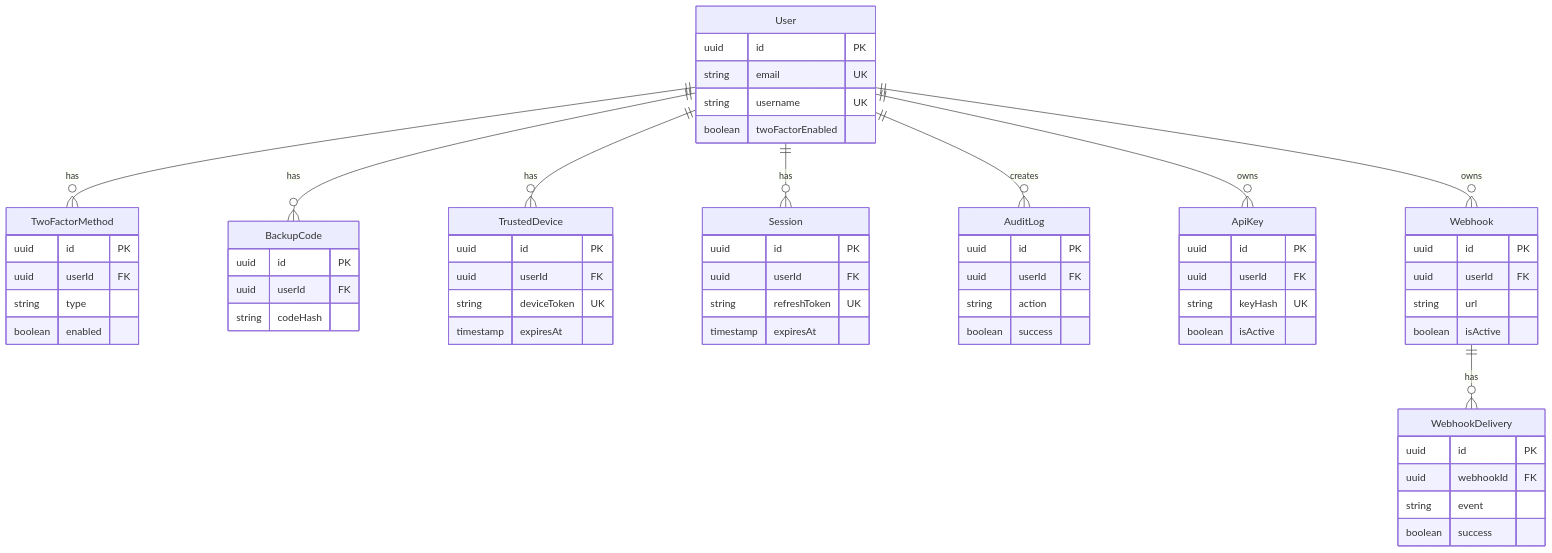
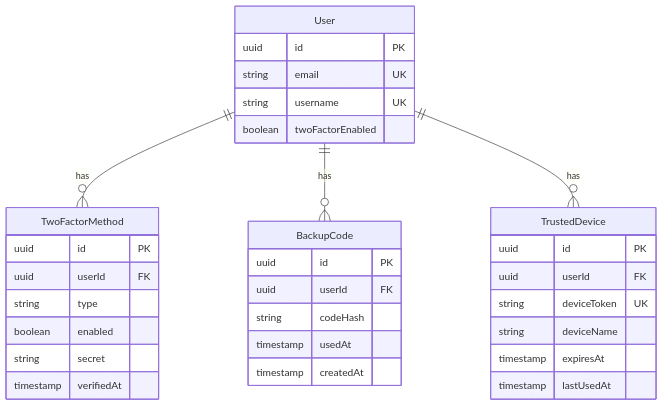
The third of 4 diagrams in docs/architecture/database-schema.md (Ilia01/Aegis2FA), drawn with Mermaid before and after one commit. The commit also changed other lines of this file and 1 other file, not shown here.

Commit message:
docs: fixing the schema diagram visibility issue

````diff
--- a/docs/architecture/database-schema.md
+++ b/docs/architecture/database-schema.md
@@ -51,73 +91,39 @@
-```mermaid
-erDiagram
-    User ||--o{ TwoFactorMethod : "has"
-    User ||--o{ BackupCode : "has"
-    User ||--o{ TrustedDevice : "has"
-    User ||--o{ Session : "has"
-    User ||--o{ AuditLog : "creates"
-    User ||--o{ ApiKey : "owns"
-    User ||--o{ Webhook : "owns"
-    Webhook ||--o{ WebhookDelivery : "has"
+    ```mermaid
+    erDiagram
+        User ||--o{ TwoFactorMethod : "has"
+        User ||--o{ BackupCode : "has"
+        User ||--o{ TrustedDevice : "has"
 
-    User {
-        uuid id PK
-        string email UK
-        string username UK
-        boolean twoFactorEnabled
-    }
+        User {
+            uuid id PK
+            string email UK
+            string username UK
+            boolean twoFactorEnabled
+        }
 
-    TwoFactorMethod {
-        uuid id PK
-        uuid userId FK
-        string type
-        boolean enabled
-    }
+        TwoFactorMethod {
+            uuid id PK
+            uuid userId FK
+            string type
+            boolean enabled
+            string secret
+            timestamp verifiedAt
+        }
 
-    BackupCode {
-        uuid id PK
-        uuid userId FK
-        string codeHash
-    }
+        BackupCode {
+            uuid id PK
+            uuid userId FK
+            string codeHash
+            timestamp usedAt
+            timestamp createdAt
+        }
 
-    TrustedDevice {
-        uuid id PK
-        uuid userId FK
-        string deviceToken UK
-        timestamp expiresAt
-    }
-
-    Session {
-        uuid id PK
-        uuid userId FK
-        string refreshToken UK
-        timestamp expiresAt
-    }
-
-    AuditLog {
-        uuid id PK
-        uuid userId FK
-        string action
-        boolean success
-    }
-
-    ApiKey {
-        uuid id PK
-        uuid userId FK
-        string keyHash UK
-        boolean isActive
-    }
-
-    Webhook {
-        uuid id PK
-        uuid userId FK
-        string url
-        boolean isActive
-    }
-
-    WebhookDelivery {
-        uuid id PK
-        uuid webhookId FK
-        string event
-        boolean success
-    }
-```
+        TrustedDevice {
+            uuid id PK
+            uuid userId FK
+            string deviceToken UK
+            string deviceName
+            timestamp expiresAt
+            timestamp lastUsedAt
+        }
+    ```
````
